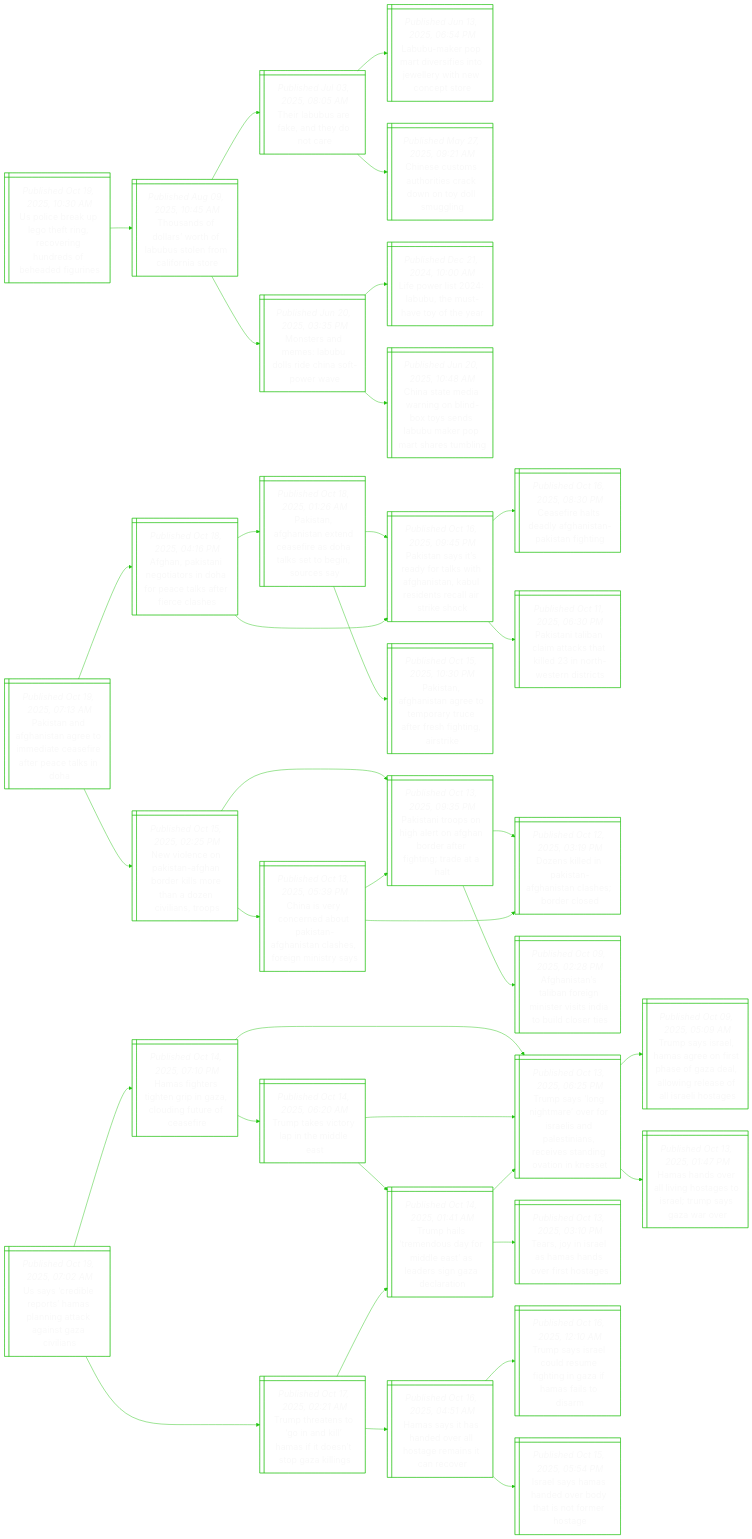
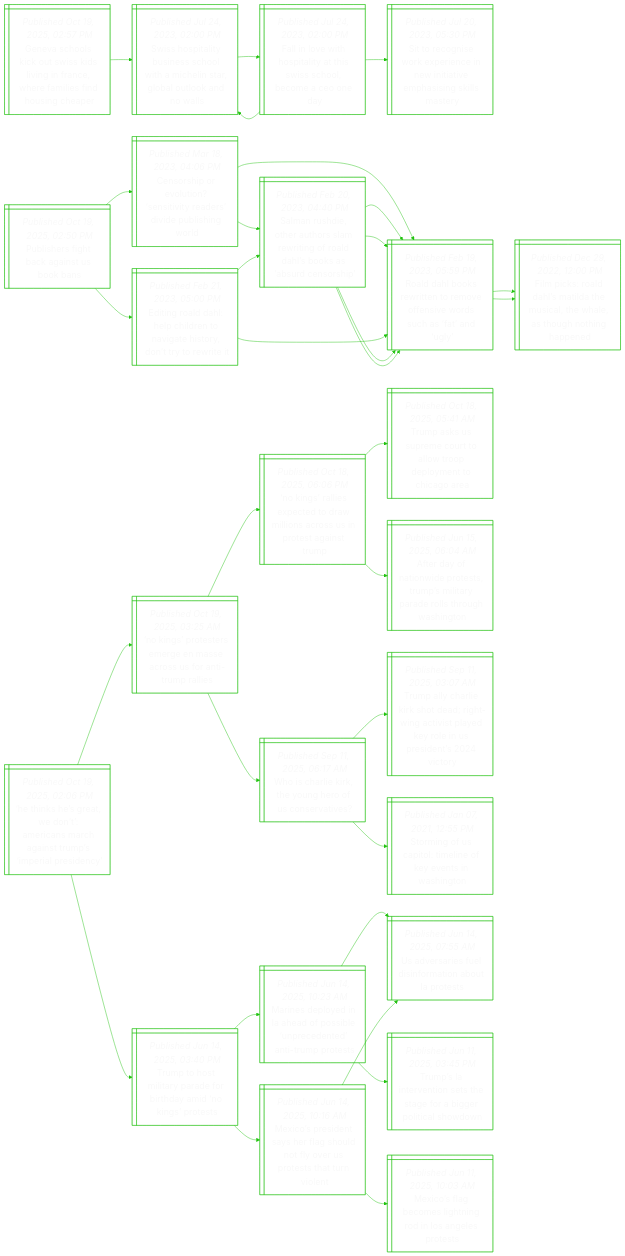
Before and after one commit to notJmes/notJmes: the diagram in README.md, drawn with Mermaid. The commit also changed other lines of this file, not shown here.

````diff
--- a/README.md
+++ b/README.md
@@ -16,121 +16,106 @@
 flowchart LR
 classDef txtsize font-size:20px;
 
-UieLhicinshdr@{ shape: win-pane, label: "_Published Oct 19, 2025, 10:30 AM_
-Us police break up lego theft ring, recovering hundreds of beheaded figurines" }
-TafarLuloiir@{ shape: win-pane, label: "_Published Aug 09, 2025, 10:45 AM_
-Thousands of dollars’ worth of labubus stolen from california store" }
-TLufnyt@{ shape: win-pane, label: "_Published Jul 03, 2025, 08:05 AM_
-Their labubus are fake, and they do not care" }
-Luravfnwrhote@{ shape: win-pane, label: "_Published Jun 13, 2025, 06:54 PM_
-Labubu-maker pop mart diversifies into jewellery with new concept store" }
-Cstuicdnoun@{ shape: win-pane, label: "_Published May 27, 2025, 09:21 AM_
-Chinese customs authorities crack down on toy doll smuggling" }
-Medsbleapw@{ shape: win-pane, label: "_Published Jun 20, 2025, 03:35 PM_
-Monsters and memes: labubu dolls ride china soft-power wave" }
-Loibhttta@{ shape: win-pane, label: "_Published Dec 21, 2024, 10:00 AM_
-Life power list 2024: labubu, the must-have toy of the year" }
-CsmwnlossbeMhti@{ shape: win-pane, label: "_Published Jun 20, 2025, 10:48 AM_
-China state media warning on blind-box toys sends labubu maker pop mart shares tumbling" }
+GaocSkiinemshna@{ shape: win-pane, label: "_Published Oct 19, 2025, 02:57 PM_
+Geneva schools kick out swiss kids living in france, where families find housing cheaper" }
+ShtyncwMlabtaw@{ shape: win-pane, label: "_Published Jul 24, 2023, 02:00 PM_
+Swiss hospitality business school with a michelin star, global outlook and no walls" }
+FnwoaassooEd@{ shape: win-pane, label: "_Published Jul 24, 2023, 02:00 PM_
+Fall in love with hospitality at this swiss school, become a ceo one day" }
+ShtyncwMlabtaw@{ shape: win-pane, label: "_Published Jul 24, 2023, 02:00 PM_
+Swiss hospitality business school with a michelin star, global outlook and no walls" }
+Srnopnniipskmr@{ shape: win-pane, label: "_Published Jul 20, 2023, 05:30 PM_
+Sit to recognise work experience in new initiative emphasising skills mastery" }
 
-UieLhicinshdr:::txtsize --> TafarLuloiir:::txtsize
-TafarLuloiir:::txtsize --> TLufnyt:::txtsize
-TLufnyt:::txtsize --> Luravfnwrhote:::txtsize
-TLufnyt:::txtsize --> Cstuicdnoun:::txtsize
-TafarLuloiir:::txtsize --> Medsbleapw:::txtsize
-Medsbleapw:::txtsize --> Loibhttta:::txtsize
-Medsbleapw:::txtsize --> CsmwnlossbeMhti:::txtsize
+GaocSkiinemshna:::txtsize --> ShtyncwMlabtaw:::txtsize
+ShtyncwMlabtaw:::txtsize --> FnwoaassooEd:::txtsize
+FnwoaassooEd:::txtsize --> ShtyncwMlabtaw:::txtsize
+FnwoaassooEd:::txtsize --> Srnopnniipskmr:::txtsize
 
-Ptdaaemaarecko@{ shape: win-pane, label: "_Published Oct 19, 2025, 07:13 AM_
-Pakistan and afghanistan agree to immediate ceasefire after peace talks in doha" }
-Ansnishptafeh@{ shape: win-pane, label: "_Published Oct 18, 2025, 04:16 PM_
-Afghan, pakistani negotiators in doha for peace talks after fierce clashes" }
-Ptgsxcfstsbse@{ shape: win-pane, label: "_Published Oct 18, 2025, 01:26 AM_
-Pakistan, afghanistan extend ceasefire as doha talks set to begin, sources say" }
-Ptyrflthtbstarkc@{ shape: win-pane, label: "_Published Oct 16, 2025, 09:45 PM_
-Pakistan says it’s ready for talks with afghanistan, kabul residents recall air strike shock" }
-Ptgsgootaffirk@{ shape: win-pane, label: "_Published Oct 15, 2025, 10:30 PM_
-Pakistan, afghanistan agree to temporary truce after fresh fighting, airstrike" }
-Ptyrflthtbstarkc@{ shape: win-pane, label: "_Published Oct 16, 2025, 09:45 PM_
-Pakistan says it’s ready for talks with afghanistan, kabul residents recall air strike shock" }
-CfaeAnnsin@{ shape: win-pane, label: "_Published Oct 16, 2025, 08:30 PM_
-Ceasefire halts deadly afghanistan-pakistan fighting" }
-Ptanmcalnwrts@{ shape: win-pane, label: "_Published Oct 11, 2025, 06:30 PM_
-Pakistani taliban claim attacks that killed 23 in north-western districts" }
-Noeknadlrneisp@{ shape: win-pane, label: "_Published Oct 15, 2025, 02:25 PM_
-New violence on pakistan-afghan border kills more than a dozen civilians, troops" }
-Ptrohtgoafiaa@{ shape: win-pane, label: "_Published Oct 13, 2025, 09:35 PM_
-Pakistani troops on high alert on afghan border after fighting; trade at a halt" }
-Dseaahtabre@{ shape: win-pane, label: "_Published Oct 12, 2025, 03:19 PM_
-Dozens killed in pakistan-afghanistan clashes; border closed" }
-AnnionsiItlse@{ shape: win-pane, label: "_Published Oct 09, 2025, 02:28 PM_
-Afghanistan’s taliban foreign minister visits india to build closer ties" }
-CiyeaPtgslsiny@{ shape: win-pane, label: "_Published Oct 13, 2025, 05:39 PM_
-China is very concerned about pakistan-afghanistan clashes, foreign ministry says" }
-Dseaahtabre@{ shape: win-pane, label: "_Published Oct 12, 2025, 03:19 PM_
-Dozens killed in pakistan-afghanistan clashes; border closed" }
-Ptrohtgoafiaa@{ shape: win-pane, label: "_Published Oct 13, 2025, 09:35 PM_
-Pakistani troops on high alert on afghan border after fighting; trade at a halt" }
+Psfbgtos@{ shape: win-pane, label: "_Published Oct 19, 2025, 02:50 PM_
+Publishers fight back against us book bans" }
+Crolnitdipsw@{ shape: win-pane, label: "_Published Mar 18, 2023, 04:06 PM_
+Censorship or evolution? ‘sensitivity readers’ divide publishing world" }
+RDoetrenwssny@{ shape: win-pane, label: "_Published Feb 19, 2023, 05:59 PM_
+Roald dahl books rewritten to remove offensive words such as ‘fat’ and ‘ugly’" }
+Fioaaaulhsghae@{ shape: win-pane, label: "_Published Dec 29, 2022, 12:00 PM_
+Film picks: roald dahl’s matilda the musical, the whale, as though nothing happened" }
+SndhtseiRDbaunh@{ shape: win-pane, label: "_Published Feb 20, 2023, 04:40 PM_
+Salman rushdie, other authors slam rewriting of roald dahl’s books as ‘absurd censorship’" }
+RDoetrenwssny@{ shape: win-pane, label: "_Published Feb 19, 2023, 05:59 PM_
+Roald dahl books rewritten to remove offensive words such as ‘fat’ and ‘ugly’" }
+RDoetrenwssny@{ shape: win-pane, label: "_Published Feb 19, 2023, 05:59 PM_
+Roald dahl books rewritten to remove offensive words such as ‘fat’ and ‘ugly’" }
+Enllcrnasdree@{ shape: win-pane, label: "_Published Feb 21, 2023, 05:00 PM_
+Editing roald dahl: help children to navigate history, don’t try to rewrite it" }
+RDoetrenwssny@{ shape: win-pane, label: "_Published Feb 19, 2023, 05:59 PM_
+Roald dahl books rewritten to remove offensive words such as ‘fat’ and ‘ugly’" }
+Fioaaaulhsghae@{ shape: win-pane, label: "_Published Dec 29, 2022, 12:00 PM_
+Film picks: roald dahl’s matilda the musical, the whale, as though nothing happened" }
+SndhtseiRDbaunh@{ shape: win-pane, label: "_Published Feb 20, 2023, 04:40 PM_
+Salman rushdie, other authors slam rewriting of roald dahl’s books as ‘absurd censorship’" }
+RDoetrenwssny@{ shape: win-pane, label: "_Published Feb 19, 2023, 05:59 PM_
+Roald dahl books rewritten to remove offensive words such as ‘fat’ and ‘ugly’" }
+RDoetrenwssny@{ shape: win-pane, label: "_Published Feb 19, 2023, 05:59 PM_
+Roald dahl books rewritten to remove offensive words such as ‘fat’ and ‘ugly’" }
 
-Ptdaaemaarecko:::txtsize --> Ansnishptafeh:::txtsize
-Ansnishptafeh:::txtsize --> Ptgsxcfstsbse:::txtsize
-Ptgsxcfstsbse:::txtsize --> Ptyrflthtbstarkc:::txtsize
-Ptgsxcfstsbse:::txtsize --> Ptgsgootaffirk:::txtsize
-Ansnishptafeh:::txtsize --> Ptyrflthtbstarkc:::txtsize
-Ptyrflthtbstarkc:::txtsize --> CfaeAnnsin:::txtsize
-Ptyrflthtbstarkc:::txtsize --> Ptanmcalnwrts:::txtsize
-Ptdaaemaarecko:::txtsize --> Noeknadlrneisp:::txtsize
-Noeknadlrneisp:::txtsize --> Ptrohtgoafiaa:::txtsize
-Ptrohtgoafiaa:::txtsize --> Dseaahtabre:::txtsize
-Ptrohtgoafiaa:::txtsize --> AnnionsiItlse:::txtsize
-Noeknadlrneisp:::txtsize --> CiyeaPtgslsiny:::txtsize
-CiyeaPtgslsiny:::txtsize --> Dseaahtabre:::txtsize
-CiyeaPtgslsiny:::txtsize --> Ptrohtgoafiaa:::txtsize
+Psfbgtos:::txtsize --> Crolnitdipsw:::txtsize
+Crolnitdipsw:::txtsize --> RDoetrenwssny:::txtsize
+RDoetrenwssny:::txtsize --> Fioaaaulhsghae:::txtsize
+Crolnitdipsw:::txtsize --> SndhtseiRDbaunh:::txtsize
+SndhtseiRDbaunh:::txtsize --> RDoetrenwssny:::txtsize
+SndhtseiRDbaunh:::txtsize --> RDoetrenwssny:::txtsize
+Psfbgtos:::txtsize --> Enllcrnasdree:::txtsize
+Enllcrnasdree:::txtsize --> RDoetrenwssny:::txtsize
+RDoetrenwssny:::txtsize --> Fioaaaulhsghae:::txtsize
+Enllcrnasdree:::txtsize --> SndhtseiRDbaunh:::txtsize
+SndhtseiRDbaunh:::txtsize --> RDoetrenwssny:::txtsize
+SndhtseiRDbaunh:::txtsize --> RDoetrenwssny:::txtsize
 
-Usiessntasal@{ shape: win-pane, label: "_Published Oct 19, 2025, 07:02 AM_
-Us says ‘credible reports’ hamas planning attack against gaza civilians" }
-Hfeggncitfe@{ shape: win-pane, label: "_Published Oct 14, 2025, 07:10 PM_
-Hamas fighters tighten grip in gaza, clouding future of ceasefire" }
-TsogrrsiPtnesiais@{ shape: win-pane, label: "_Published Oct 13, 2025, 06:25 PM_
-Trump says ‘long nightmare’ over for israelis and palestinians, receives standing ovation in knesset" }
-TssHaossaaorslaoe@{ shape: win-pane, label: "_Published Oct 09, 2025, 05:09 AM_
-Trump says israel, hamas agree on first phase of gaza deal, allowing release of all israeli hostages" }
-Hholissrrazo@{ shape: win-pane, label: "_Published Oct 13, 2025, 01:47 PM_
-Hamas hands over all living hostages to israel; trump says gaza war over" }
-TtvriMe@{ shape: win-pane, label: "_Published Oct 14, 2025, 06:20 AM_
-Trump takes victory lap in the middle east" }
-TsogrrsiPtnesiais@{ shape: win-pane, label: "_Published Oct 13, 2025, 06:25 PM_
-Trump says ‘long nightmare’ over for israelis and palestinians, receives standing ovation in knesset" }
-Thtndrltasact@{ shape: win-pane, label: "_Published Oct 14, 2025, 01:41 AM_
-Trump hails ‘tremendous day for middle east’ as leaders sign gaza declaration" }
-Tttoalatnpkn@{ shape: win-pane, label: "_Published Oct 17, 2025, 02:21 AM_
-Trump threatens to ‘go in and kill’ hamas if it doesn’t stop gaza killings" }
-Thtndrltasact@{ shape: win-pane, label: "_Published Oct 14, 2025, 01:41 AM_
-Trump hails ‘tremendous day for middle east’ as leaders sign gaza declaration" }
-TsogrrsiPtnesiais@{ shape: win-pane, label: "_Published Oct 13, 2025, 06:25 PM_
-Trump says ‘long nightmare’ over for israelis and palestinians, receives standing ovation in knesset" }
-TjIlmnest@{ shape: win-pane, label: "_Published Oct 13, 2025, 03:10 PM_
-Tears, joy in israel as hamas hands over first hostages" }
-Hstaoltesnv@{ shape: win-pane, label: "_Published Oct 16, 2025, 04:51 AM_
-Hamas says it has handed over all hostage remains it can recover" }
-Tsscretniali@{ shape: win-pane, label: "_Published Oct 16, 2025, 12:10 AM_
-Trump says israel could resume fighting in gaza if hamas fails to disarm" }
-IlHhdbhnroe@{ shape: win-pane, label: "_Published Oct 15, 2025, 05:54 PM_
-Israel says hamas handed over body that is not former hostage" }
+Hnstnrshnumasc@{ shape: win-pane, label: "_Published Oct 19, 2025, 02:06 PM_
+‘he thinks he’s great, we don’t’: americans march against trump’s ‘imperial presidency’" }
+NgtrrmasrTre@{ shape: win-pane, label: "_Published Oct 19, 2025, 03:25 AM_
+‘no kings’ protesters emerge en masse across us for anti-trump rallies" }
+NglxerlssneaT@{ shape: win-pane, label: "_Published Oct 18, 2025, 06:06 PM_
+‘no kings’ rallies expected to draw millions across us in protest against trump" }
+TaSeuatdytcr@{ shape: win-pane, label: "_Published Oct 18, 2025, 05:41 AM_
+Trump asks us supreme court to allow troop deployment to chicago area" }
+AdnnpsuiralrWn@{ shape: win-pane, label: "_Published Jun 15, 2025, 06:04 AM_
+After day of nationwide protests, trump’s military parade rolls through washington" }
+WCikoeUst@{ shape: win-pane, label: "_Published Sep 11, 2025, 06:17 AM_
+Who is charlie kirk, the young hero of us conservatives?" }
+TahesegnipdoUstt@{ shape: win-pane, label: "_Published Sep 11, 2025, 03:07 AM_
+Trump ally charlie kirk shot dead; right-wing activist played key role in us president’s 2024 victory" }
+SiUiinenWn@{ shape: win-pane, label: "_Published Jan 07, 2021, 12:55 PM_
+Storming of us capitol: timeline of key events in washington" }
+TtttafryNgt@{ shape: win-pane, label: "_Published Jun 14, 2025, 03:40 PM_
+Trump to host military parade for birthday amid ‘no kings’ protests" }
+Melihfineeipe@{ shape: win-pane, label: "_Published Jun 14, 2025, 10:23 AM_
+Marines deployed in la ahead of possible ‘unprecedented’ anti-trump protests" }
+Ueieimntos@{ shape: win-pane, label: "_Published Jun 14, 2025, 07:55 AM_
+Us adversaries fuel disinformation about la protests" }
+Tstnshgaeild@{ shape: win-pane, label: "_Published Jun 11, 2025, 03:45 PM_
+Trump’s la intervention sets the stage for a bigger political showdown" }
+Mosthautvpsane@{ shape: win-pane, label: "_Published Jun 14, 2025, 10:16 AM_
+Mexico’s president says her flag should not fly over us protests that turn violent" }
+MogmgniAet@{ shape: win-pane, label: "_Published Jun 11, 2025, 10:03 AM_
+Mexico’s flag becomes lightning rod in los angeles protests" }
+Ueieimntos@{ shape: win-pane, label: "_Published Jun 14, 2025, 07:55 AM_
+Us adversaries fuel disinformation about la protests" }
 
-Usiessntasal:::txtsize --> Hfeggncitfe:::txtsize
-Hfeggncitfe:::txtsize --> TsogrrsiPtnesiais:::txtsize
-TsogrrsiPtnesiais:::txtsize --> TssHaossaaorslaoe:::txtsize
-TsogrrsiPtnesiais:::txtsize --> Hholissrrazo:::txtsize
-Hfeggncitfe:::txtsize --> TtvriMe:::txtsize
-TtvriMe:::txtsize --> TsogrrsiPtnesiais:::txtsize
-TtvriMe:::txtsize --> Thtndrltasact:::txtsize
-Usiessntasal:::txtsize --> Tttoalatnpkn:::txtsize
-Tttoalatnpkn:::txtsize --> Thtndrltasact:::txtsize
-Thtndrltasact:::txtsize --> TsogrrsiPtnesiais:::txtsize
-Thtndrltasact:::txtsize --> TjIlmnest:::txtsize
-Tttoalatnpkn:::txtsize --> Hstaoltesnv:::txtsize
-Hstaoltesnv:::txtsize --> Tsscretniali:::txtsize
-Hstaoltesnv:::txtsize --> IlHhdbhnroe:::txtsize
+Hnstnrshnumasc:::txtsize --> NgtrrmasrTre:::txtsize
+NgtrrmasrTre:::txtsize --> NglxerlssneaT:::txtsize
+NglxerlssneaT:::txtsize --> TaSeuatdytcr:::txtsize
+NglxerlssneaT:::txtsize --> AdnnpsuiralrWn:::txtsize
+NgtrrmasrTre:::txtsize --> WCikoeUst:::txtsize
+WCikoeUst:::txtsize --> TahesegnipdoUstt:::txtsize
+WCikoeUst:::txtsize --> SiUiinenWn:::txtsize
+Hnstnrshnumasc:::txtsize --> TtttafryNgt:::txtsize
+TtttafryNgt:::txtsize --> Melihfineeipe:::txtsize
+Melihfineeipe:::txtsize --> Ueieimntos:::txtsize
+Melihfineeipe:::txtsize --> Tstnshgaeild:::txtsize
+TtttafryNgt:::txtsize --> Mosthautvpsane:::txtsize
+Mosthautvpsane:::txtsize --> MogmgniAet:::txtsize
+Mosthautvpsane:::txtsize --> Ueieimntos:::txtsize
 
 ```
````
